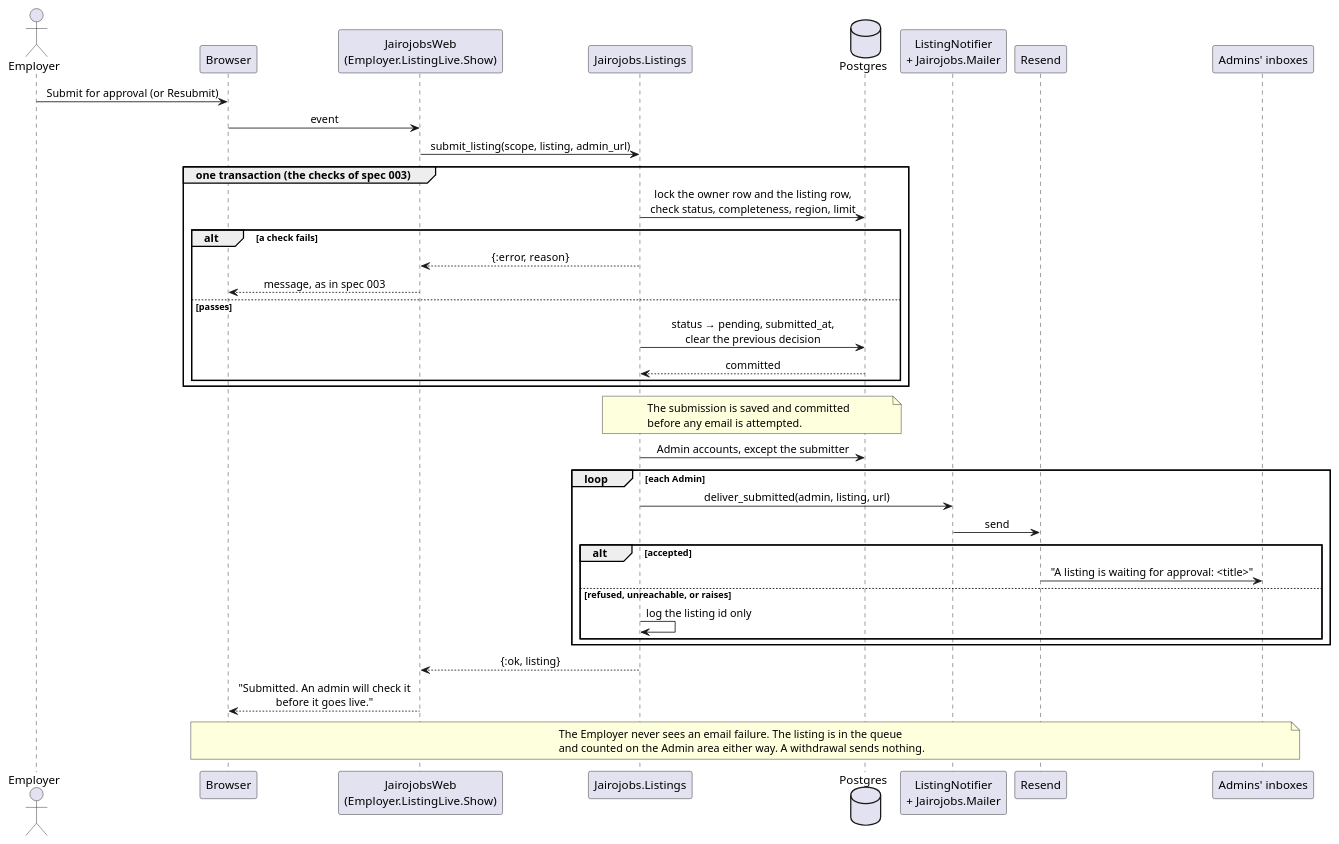
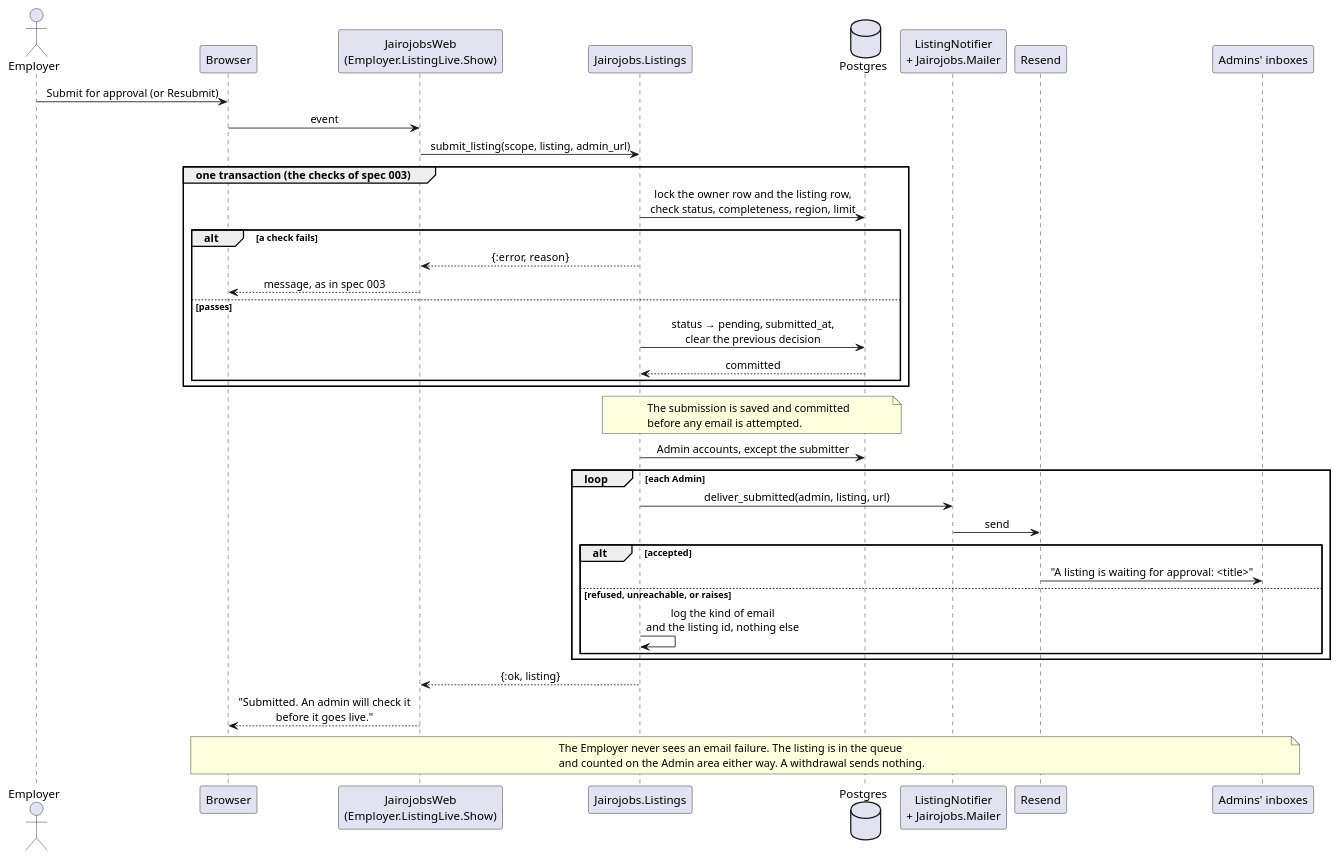
The diagram in docs/specs/004-listings-admin-moderation/diagrams/sequence-submission-email.puml (raseniero/jairojobs-elixir), drawn with PlantUML before and after one commit. The commit also changed 23 other files, not shown here.

Commit message:
docs(spec 004): architecture and earlier specs brought in line

```diff
--- a/docs/specs/004-listings-admin-moderation/diagrams/sequence-submission-email.puml
+++ b/docs/specs/004-listings-admin-moderation/diagrams/sequence-submission-email.puml
@@ -1,52 +1,52 @@
 @startuml sequence-submission-email
 ' Spec 004 — an Employer's submission and the email to the Admins (REQ-004-10; REQ-003-6, -8).
 ' Parties: Employer's browser, JairojobsWeb (Employer listing LiveView), Jairojobs.Listings, Postgres,
 ' Mailer (Resend in production), each Admin's inbox.
 
 skinparam sequenceMessageAlign center
 skinparam responseMessageBelowArrow true
 
 actor Employer
 participant "Browser" as B
 participant "JairojobsWeb\n(Employer.ListingLive.Show)" as W
 participant "Jairojobs.Listings" as L
 database "Postgres" as DB
 participant "ListingNotifier\n+ Jairojobs.Mailer" as M
 participant "Resend" as R
 participant "Admins' inboxes" as IN
 
 Employer -> B : Submit for approval (or Resubmit)
 B -> W : event
 W -> L : submit_listing(scope, listing, admin_url)
 
 group one transaction (the checks of spec 003)
   L -> DB : lock the owner row and the listing row,\ncheck status, completeness, region, limit
   alt a check fails
     L --> W : {:error, reason}
     W --> B : message, as in spec 003
   else passes
     L -> DB : status → pending, submitted_at,\nclear the previous decision
     DB --> L : committed
   end
 end
 
 note over L, DB : The submission is saved and committed\nbefore any email is attempted.
 
 L -> DB : Admin accounts, except the submitter
 loop each Admin
   L -> M : deliver_submitted(admin, listing, url)
   M -> R : send
   alt accepted
     R -> IN : "A listing is waiting for approval: <title>"
   else refused, unreachable, or raises
-    L -> L : log the listing id only
+    L -> L : log the kind of email\nand the listing id, nothing else
   end
 end
 L --> W : {:ok, listing}
 W --> B : "Submitted. An admin will check it\nbefore it goes live."
 
 note over B, IN
   The Employer never sees an email failure. The listing is in the queue
   and counted on the Admin area either way. A withdrawal sends nothing.
 end note
 @enduml
```
